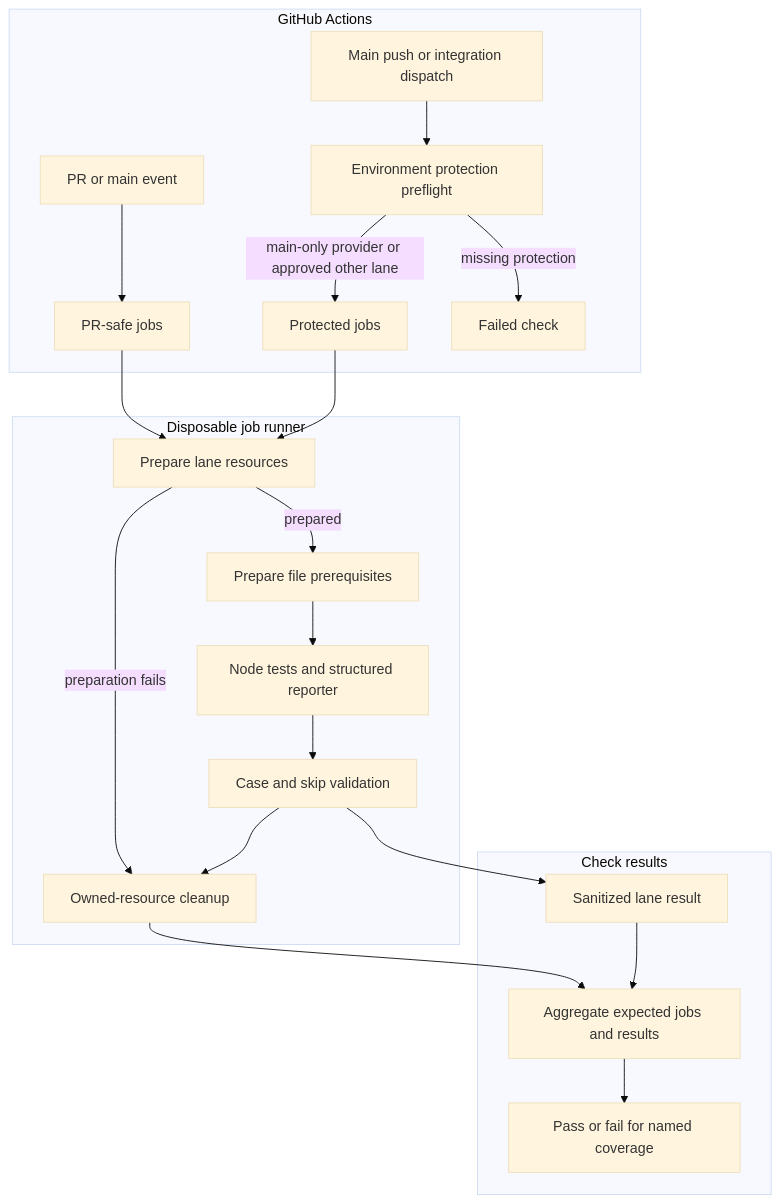
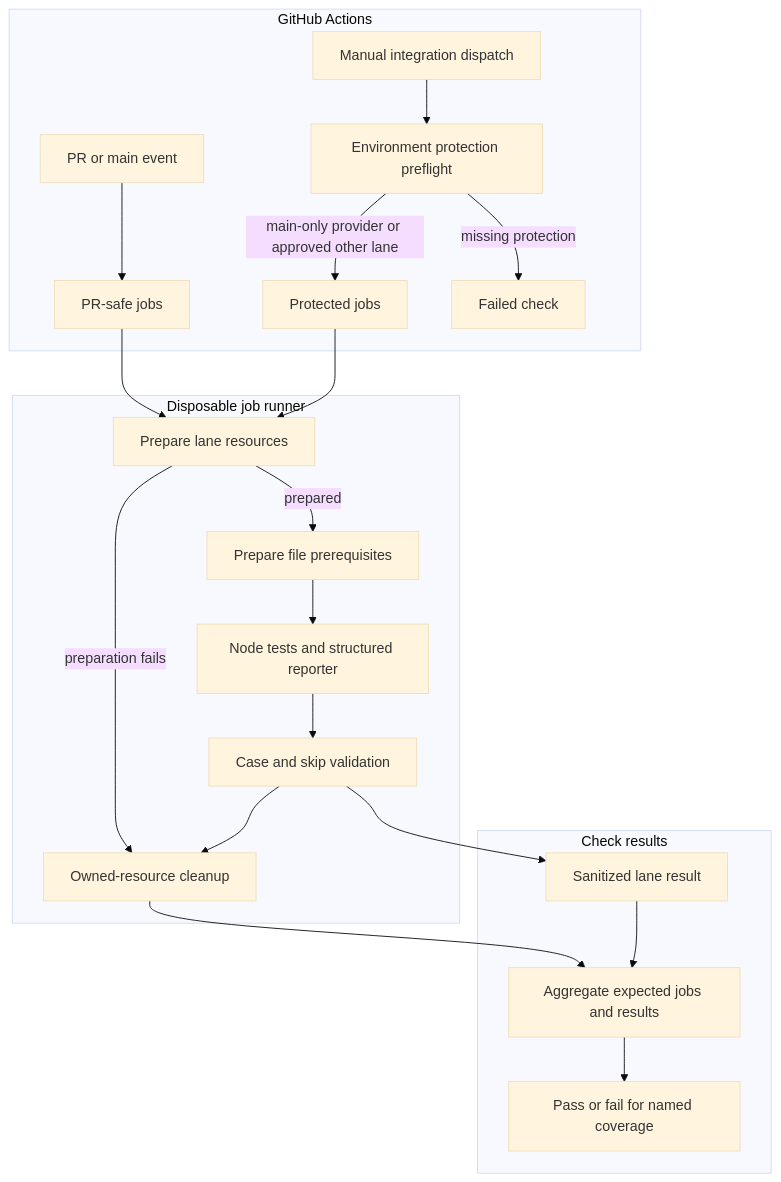
One commit to openclaw/openclaw-enterprise changed the diagram in docs/flows/github-actions-testing.md. Above: the diagram before and after it, drawn with Mermaid (base theme). The commit also changed other lines of this file and 4 other files, not shown here.

Commit message:
ci: restore manual-only provider integration

````diff
--- a/docs/flows/github-actions-testing.md
+++ b/docs/flows/github-actions-testing.md
@@ -21,24 +21,24 @@
 ```mermaid
 graph TD
   subgraph Actions["GitHub Actions"]
     A["PR or main event"] --> B["PR-safe jobs"]
-    C["Main push or integration dispatch"] --> D["Environment protection preflight"]
+    C["Manual integration dispatch"] --> D["Environment protection preflight"]
     D -->|main-only provider or approved other lane| E["Protected jobs"]
     D -->|missing protection| X["Failed check"]
   end
   subgraph Runner["Disposable job runner"]
     B --> F["Prepare lane resources"]
     E --> F
     F -->|prepared| G["Prepare file prerequisites"]
     G --> H["Node tests and structured reporter"]
     H --> I["Case and skip validation"]
     F -->|preparation fails| J["Owned-resource cleanup"]
     I --> J
   end
   subgraph Results["Check results"]
     I --> K["Sanitized lane result"]
     J --> L["Aggregate expected jobs and results"]
     K --> L
     L --> M["Pass or fail for named coverage"]
   end
 ```
````
